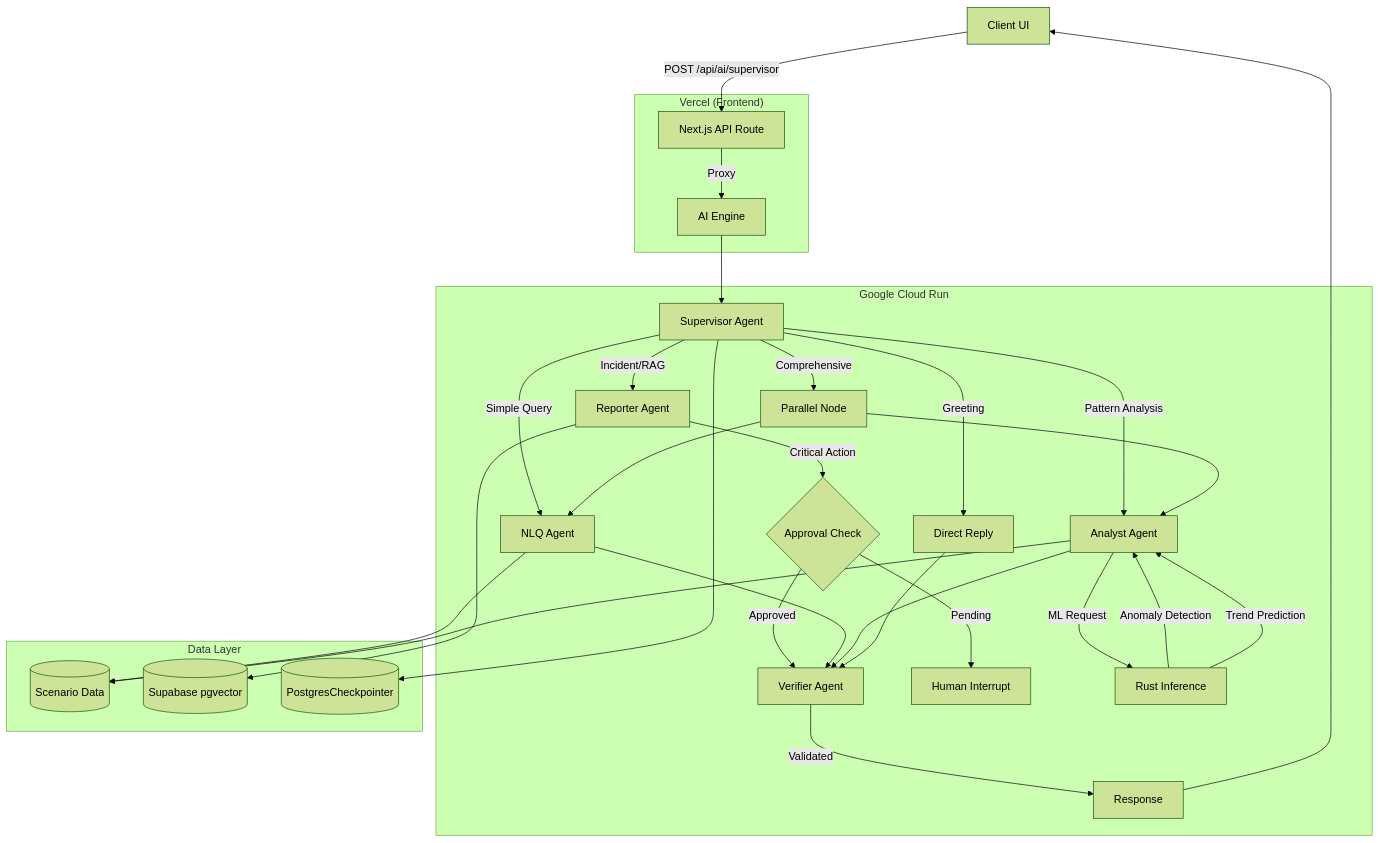
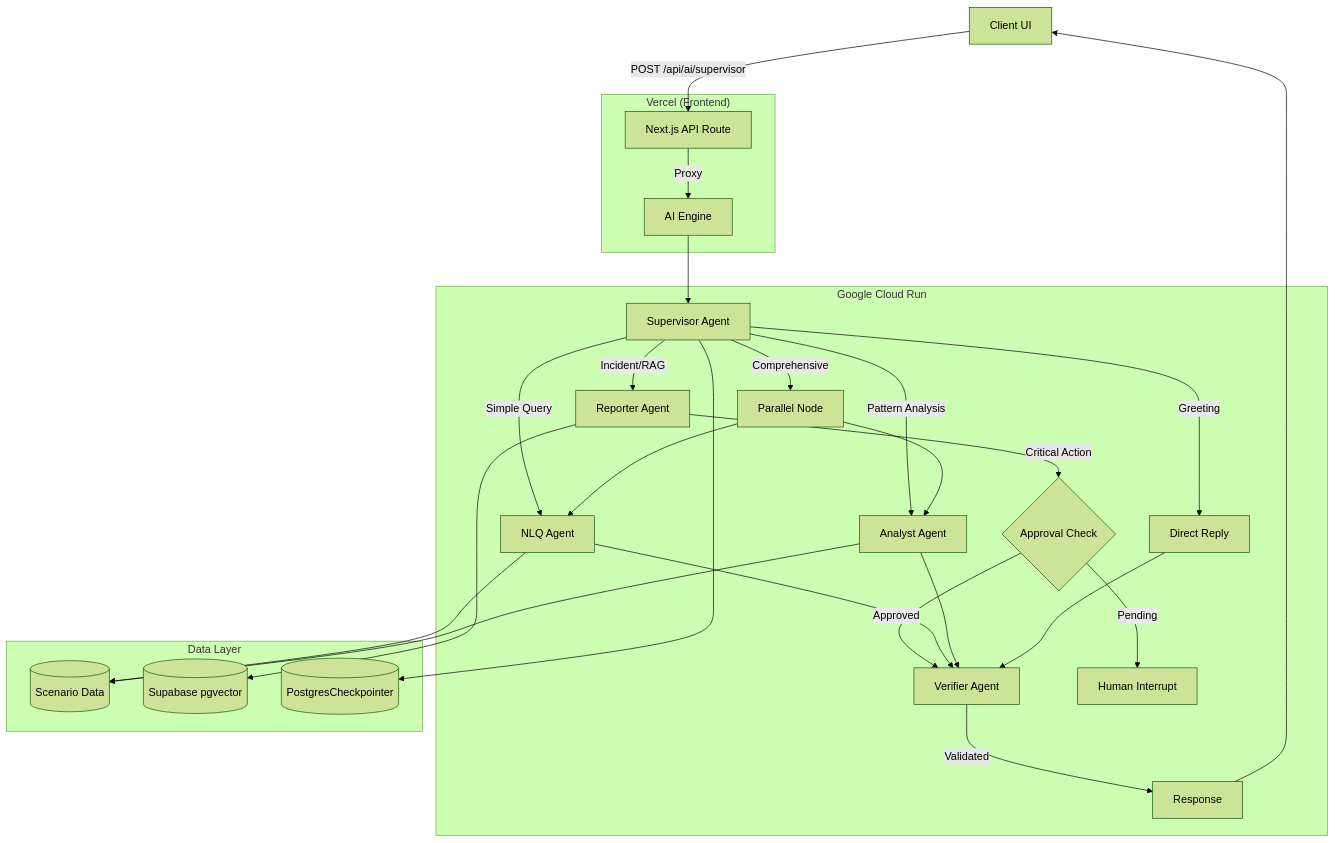
One commit to skyasu2/openmanager-vibe-v5 changed the diagram in docs/core/architecture/ai/ai-engine-architecture.md. Above: the diagram before and after it, drawn with Mermaid (forest theme). The commit also changed other lines of this file and 30 other files, not shown here.

````diff
--- a/docs/core/architecture/ai/ai-engine-architecture.md
+++ b/docs/core/architecture/ai/ai-engine-architecture.md
@@ -55,44 +55,40 @@
 ```mermaid
 graph TD
     Client[Client UI] -->|POST /api/ai/supervisor| API[Next.js API Route]
 
     subgraph "Vercel (Frontend)"
         API -->|Proxy| CloudRun
     end
 
     subgraph "Google Cloud Run"
         CloudRun[AI Engine] --> Supervisor[Supervisor Agent]
 
         Supervisor -->|Simple Query| NLQ[NLQ Agent]
         Supervisor -->|Pattern Analysis| Analyst[Analyst Agent]
         Supervisor -->|Incident/RAG| Reporter[Reporter Agent]
         Supervisor -->|Comprehensive| Parallel[Parallel Node]
         Supervisor -->|Greeting| Direct[Direct Reply]
 
         Parallel --> NLQ
         Parallel --> Analyst
 
         Reporter -->|Critical Action| Approval{Approval Check}
         Approval -->|Approved| Verifier[Verifier Agent]
         Approval -->|Pending| Interrupt[Human Interrupt]
 
         NLQ --> Verifier
         Analyst --> Verifier
         Direct --> Verifier
 
         Verifier -->|Validated| Response[Response]
-        
-        Analyst -->|ML Request| RustML[Rust Inference]
-        RustML -->|Anomaly Detection| Analyst
-        RustML -->|Trend Prediction| Analyst
     end
 
     subgraph "Data Layer"
         NLQ --> Metrics[(Scenario Data)]
         Analyst --> Metrics
         Reporter --> RAG[(Supabase pgvector)]
         Supervisor --> Checkpoint[(PostgresCheckpointer)]
     end
 
     Response --> Client
 ```
````
